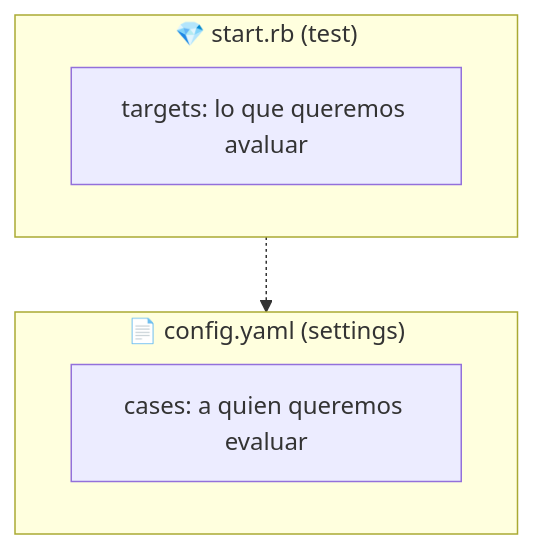
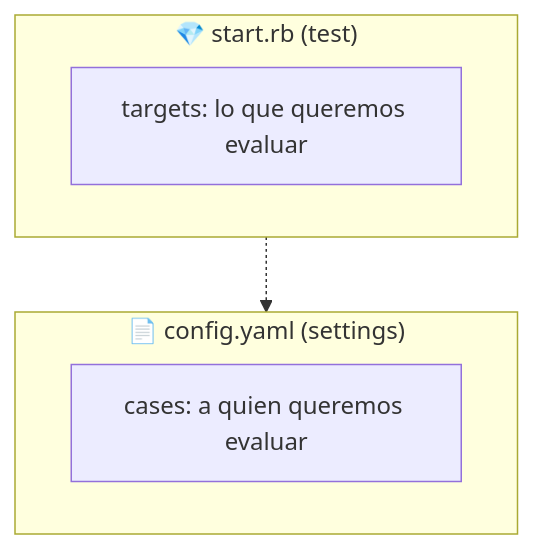
Before and after one commit to dvarrui/charlas: the diagram in teuton/nginx/docs/index.md, drawn with Mermaid.

````diff
--- a/teuton/nginx/docs/index.md
+++ b/teuton/nginx/docs/index.md
@@ -115,13 +115,13 @@
 ```mermaid
 graph TD
     subgraph Archivo1 ["📄 config.yaml (settings)"]
         C["cases: a quien queremos evaluar"]
     end
 
     subgraph Archivo2 ["💎 start.rb (test)"]
-        T["targets: lo que queremos avaluar"]
+        T["targets: lo que queremos evaluar"]
     end
 
     %% Relación opcional: el test suele leer la configuración
     Archivo2 -.-> Archivo1
 ```
````
